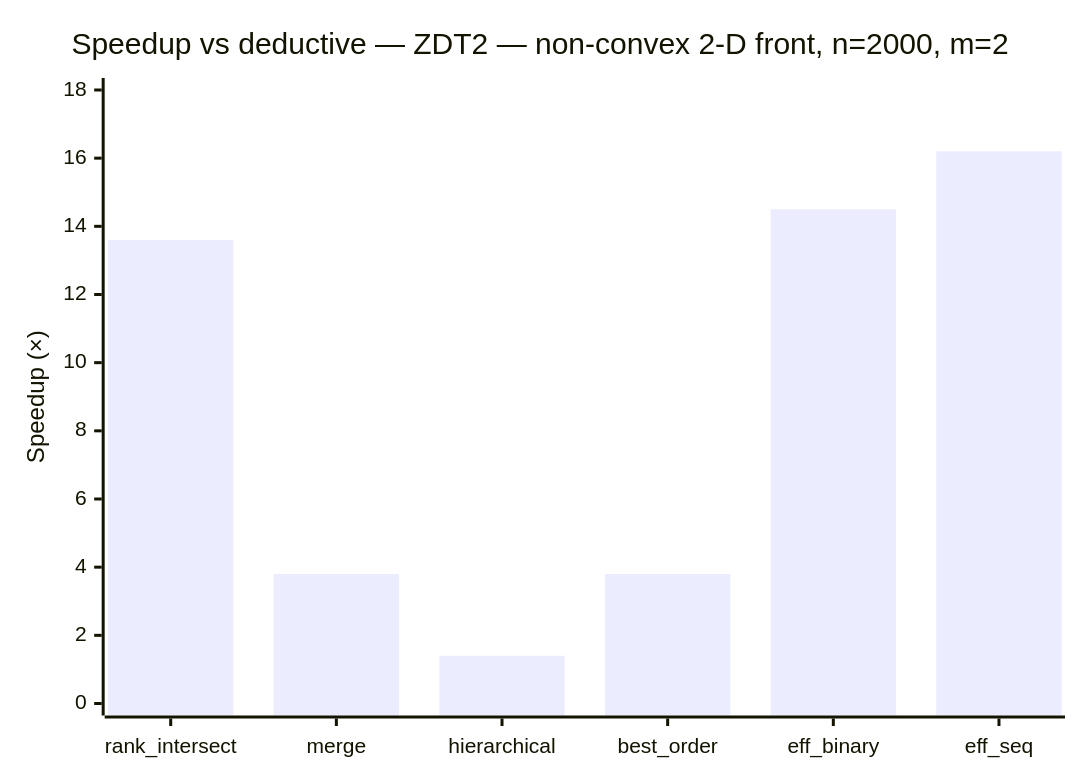
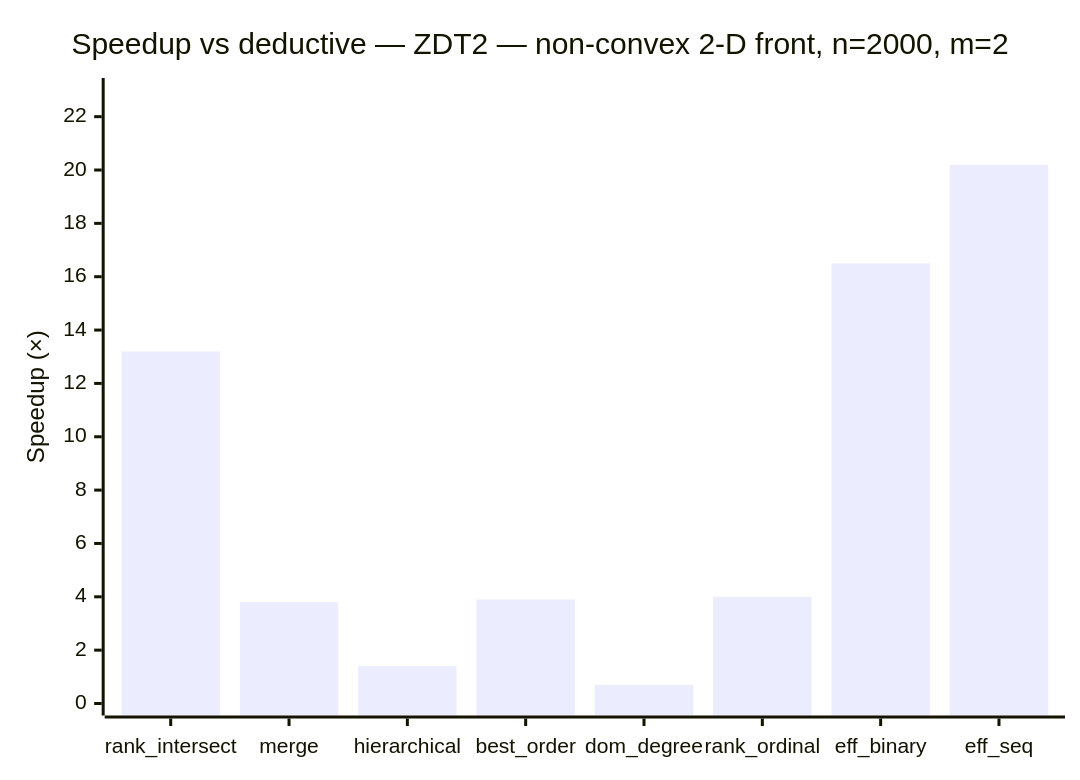
One commit to foolnotion/ndsort changed the eighth of 8 diagrams in BENCHMARKS.md. Above: the diagram before and after it, drawn with Mermaid. The commit also changed other lines of this file and 3 other files, not shown here.

First line of the commit message:
feat: add dominance_degree and rank_ordinal to benchmarks; update docs

````diff
--- a/BENCHMARKS.md
+++ b/BENCHMARKS.md
@@ -206,7 +208,7 @@
 ```mermaid
 xychart-beta
     title "Speedup vs deductive — ZDT2 — non-convex 2-D front, n=2000, m=2"
-    x-axis ["rank_intersect", "merge", "hierarchical", "best_order", "eff_binary", "eff_seq"]
-    y-axis "Speedup (×)" 0 --> 18
-    bar [13.6, 3.8, 1.4, 3.8, 14.5, 16.2]
+    x-axis ["rank_intersect", "merge", "hierarchical", "best_order", "dom_degree", "rank_ordinal", "eff_binary", "eff_seq"]
+    y-axis "Speedup (×)" 0 --> 23
+    bar [13.2, 3.8, 1.4, 3.9, 0.7, 4.0, 16.5, 20.2]
 ```
````
